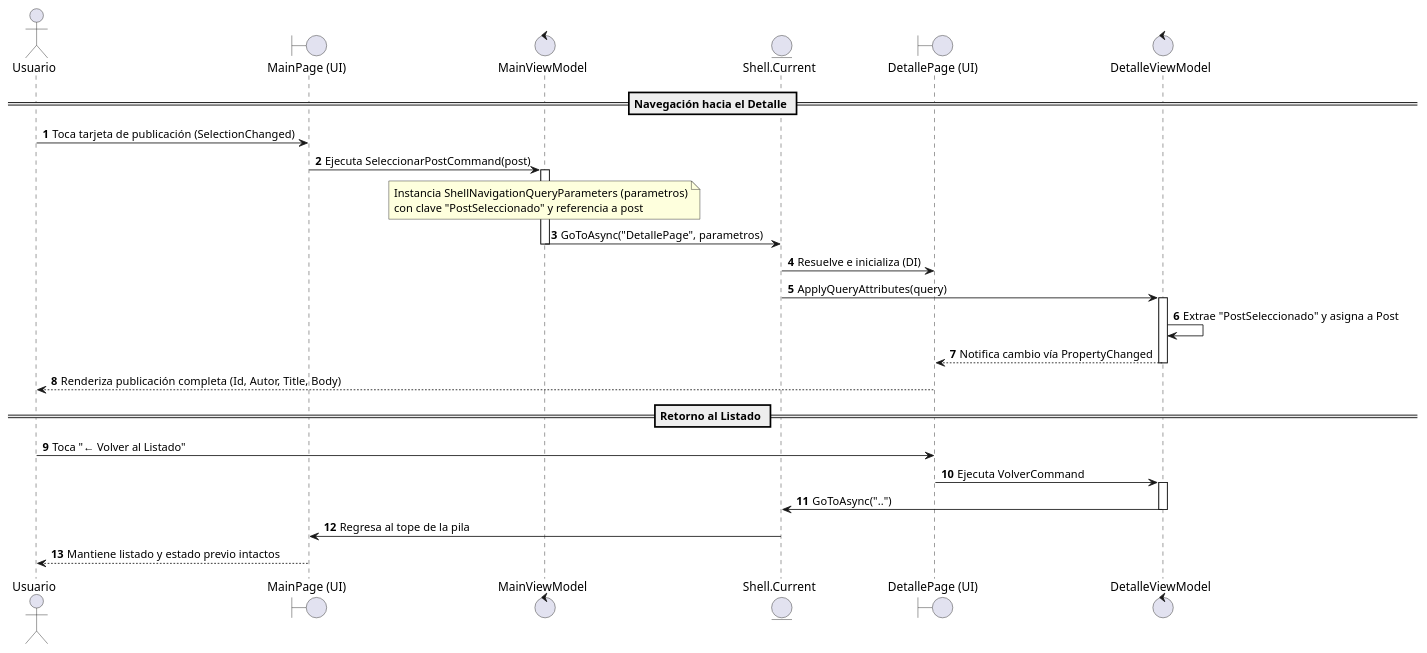
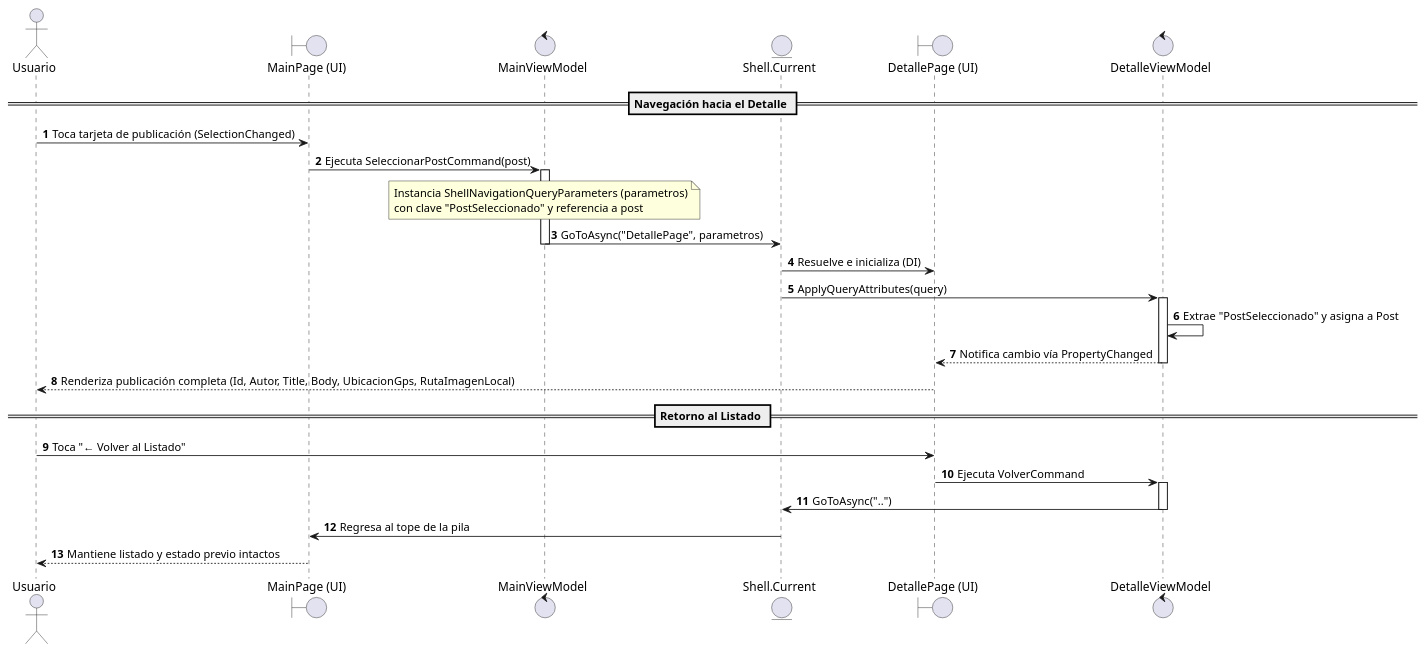
The diagram in docs/navegacion_secuencia.puml (fioremos/UCES-DAMII-DevPosts-KalapujMosca), drawn with PlantUML before and after one commit. The commit also changed 3 other files, not shown here.

Commit message:
docs(uml): actualizar diagramas de arquitectura y secuencia con SQLite, hardware y xUnit

```diff
--- a/docs/navegacion_secuencia.puml
+++ b/docs/navegacion_secuencia.puml
@@ -1,41 +1,41 @@
 @startuml flujo_navegacion_parametros
 autonumber
 actor Usuario
 boundary MainPage as "MainPage (UI)"
 control MainViewModel as "MainViewModel"
 entity Shell as "Shell.Current"
 boundary DetallePage as "DetallePage (UI)"
 control DetalleViewModel as "DetalleViewModel"
 
 == Navegación hacia el Detalle ==
 Usuario -> MainPage : Toca tarjeta de publicación (SelectionChanged)
 MainPage -> MainViewModel : Ejecuta SeleccionarPostCommand(post)
 activate MainViewModel
 
 note over MainViewModel
   Instancia ShellNavigationQueryParameters (parametros)
   con clave "PostSeleccionado" y referencia a post
 end note
 
 MainViewModel -> Shell : GoToAsync("DetallePage", parametros)
 deactivate MainViewModel
 
 Shell -> DetallePage : Resuelve e inicializa (DI)
 Shell -> DetalleViewModel : ApplyQueryAttributes(query)
 activate DetalleViewModel
 DetalleViewModel -> DetalleViewModel : Extrae "PostSeleccionado" y asigna a Post
 DetalleViewModel --> DetallePage : Notifica cambio vía PropertyChanged
 deactivate DetalleViewModel
 
-DetallePage --> Usuario : Renderiza publicación completa (Id, Autor, Title, Body)
+DetallePage --> Usuario : Renderiza publicación completa (Id, Autor, Title, Body, UbicacionGps, RutaImagenLocal)
 
 == Retorno al Listado ==
 Usuario -> DetallePage : Toca "← Volver al Listado"
 DetallePage -> DetalleViewModel : Ejecuta VolverCommand
 activate DetalleViewModel
 DetalleViewModel -> Shell : GoToAsync("..")
 deactivate DetalleViewModel
 
 Shell -> MainPage : Regresa al tope de la pila
 MainPage --> Usuario : Mantiene listado y estado previo intactos
 @enduml
```
